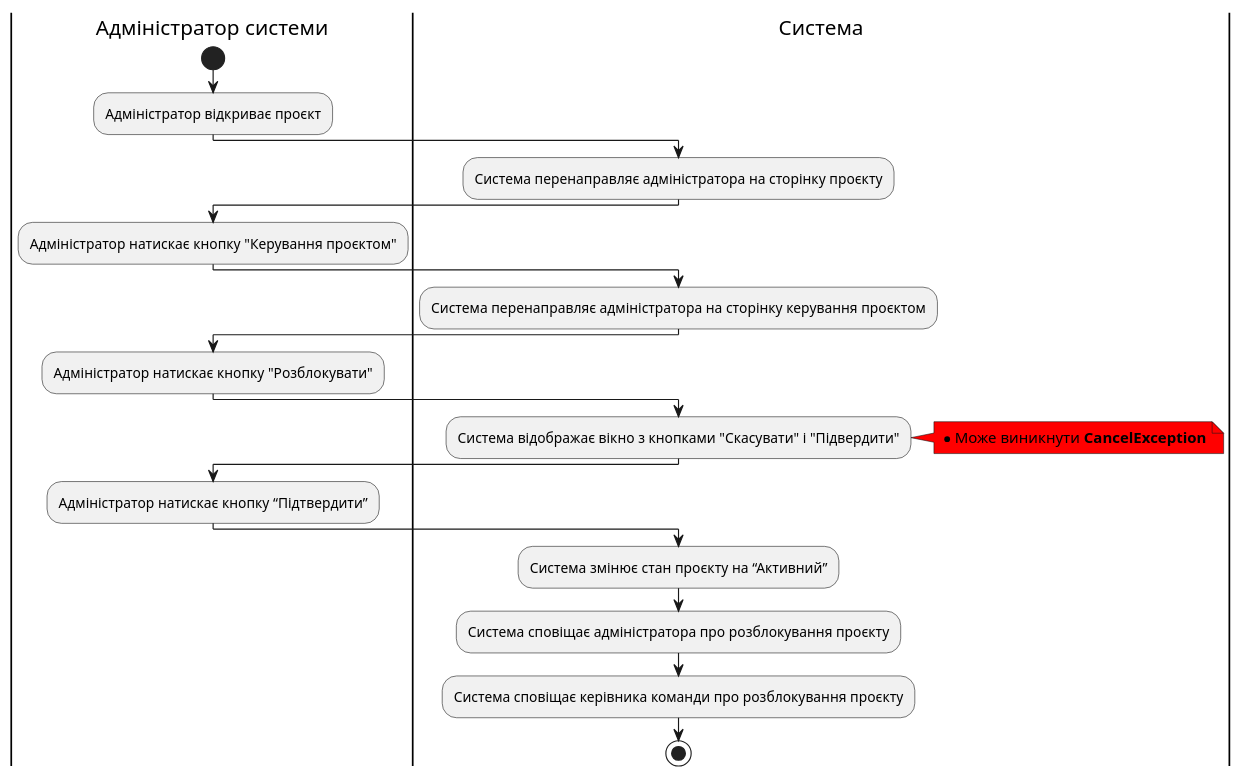
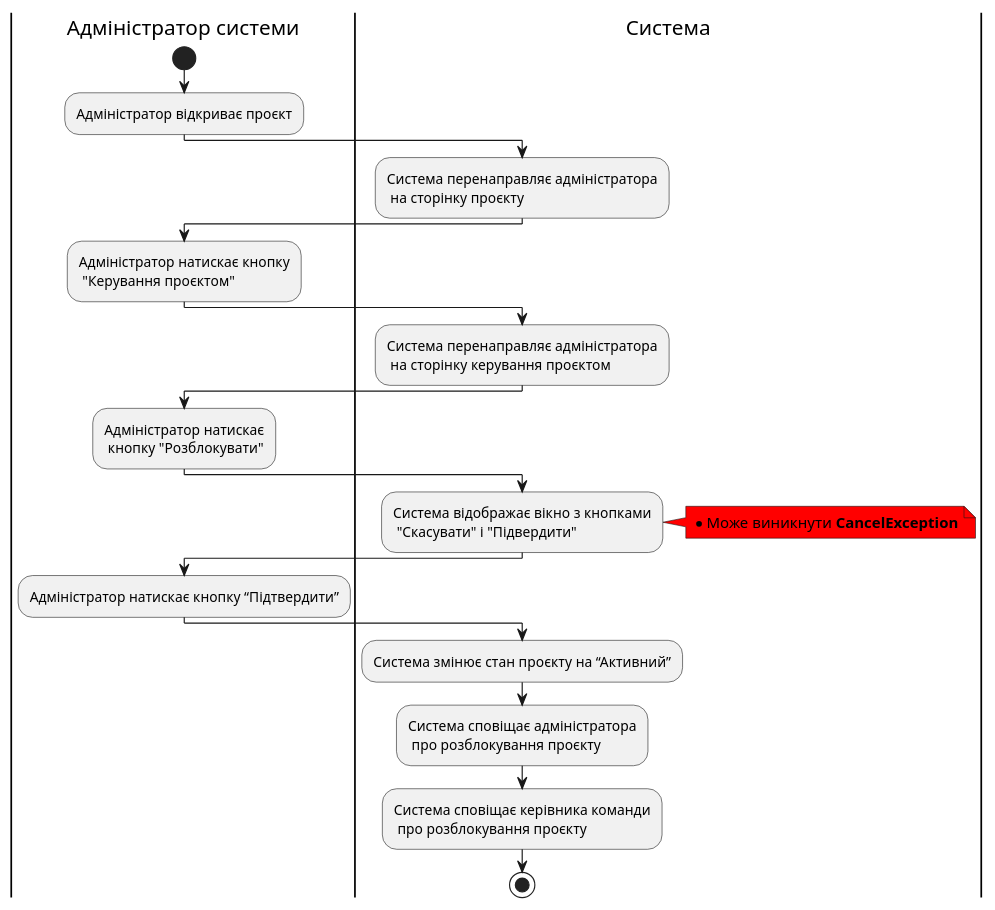
The sixth of 9 diagrams in docs/use cases/README.md (samoilenkomariia/db-coursework), drawn with PlantUML before and after one commit.

Commit message:
unblock project README.md

```diff
--- a/docs/use cases/README.md
+++ b/docs/use cases/README.md
@@ -228,27 +228,27 @@
 @startuml
 
     |Адміністратор системи|
     start
     :Адміністратор відкриває проєкт;
     |Система|
-    :Система перенаправляє адміністратора на сторінку проєкту;
+    :Система перенаправляє адміністратора\n на сторінку проєкту;
     |Адміністратор системи|
-    :Адміністратор натискає кнопку "Керування проєктом";
+    :Адміністратор натискає кнопку\n "Керування проєктом";
     |Система|
-    :Система перенаправляє адміністратора на сторінку керування проєктом;
+    :Система перенаправляє адміністратора\n на сторінку керування проєктом;
     |Адміністратор системи|
-    :Адміністратор натискає кнопку "Розблокувати";
+    :Адміністратор натискає\n кнопку "Розблокувати";
     |Система|
-    :Система відображає вікно з кнопками "Скасувати" і "Підвердити";
+    :Система відображає вікно з кнопками\n "Скасувати" і "Підвердити";
     note right #red
         * Може виникнути <b>CancelException</b>
     end note
     |Адміністратор системи|
     :Адміністратор натискає кнопку “Підтвердити”;
     |Система|
     :Система змінює стан проєкту на “Активний”;
-    :Система сповіщає адміністратора про розблокування проєкту;
-    :Система сповіщає керівника команди про розблокування проєкту;
+    :Система сповіщає адміністратора\n про розблокування проєкту;
+    :Система сповіщає керівника команди\n про розблокування проєкту;
     stop
 
 @enduml
```
